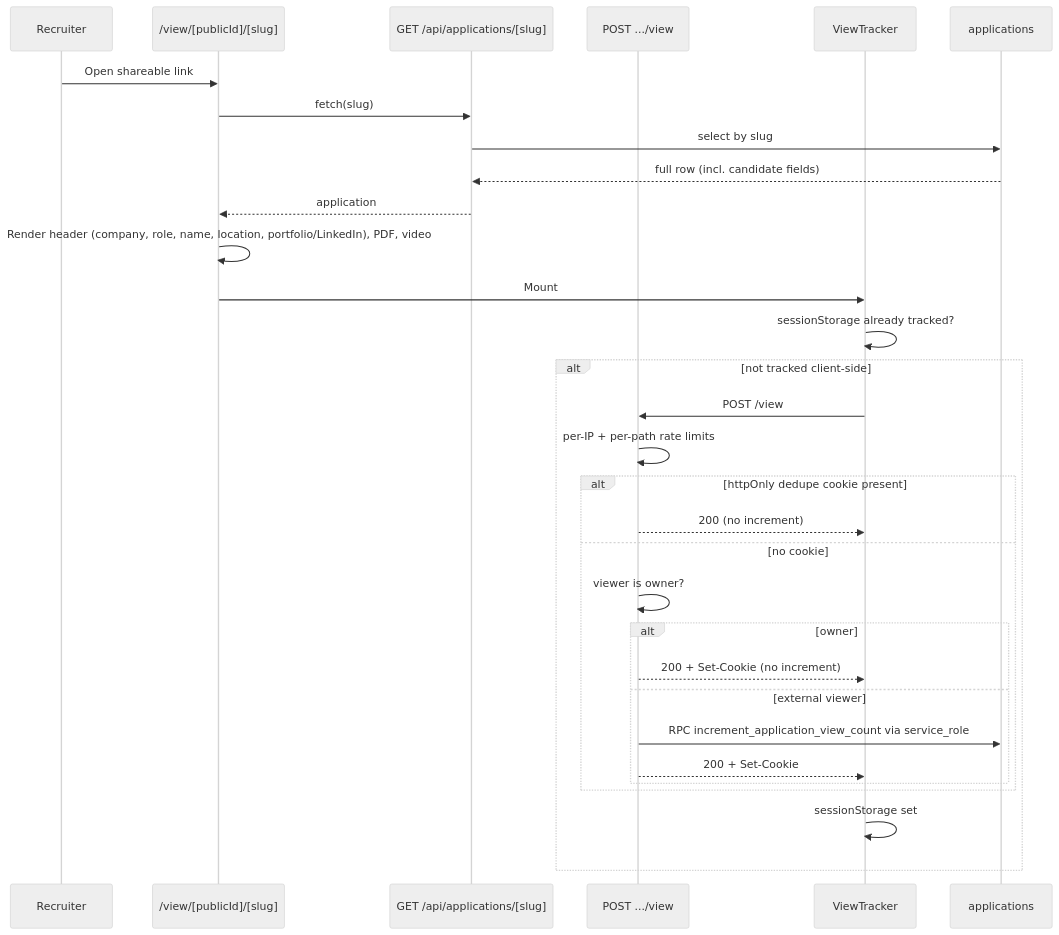
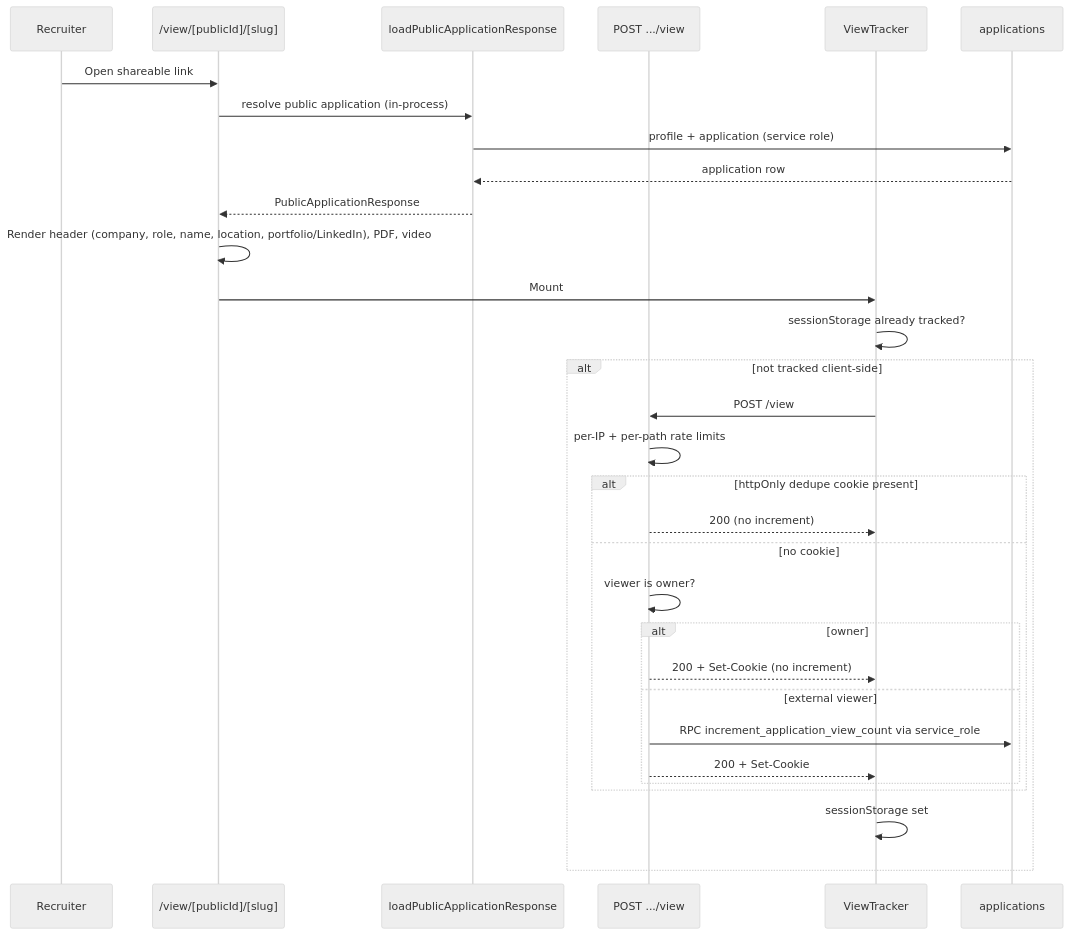
Before and after one commit to joan-gerard/my-hire-view: diagram 13 of 13 in docs/DATA_FLOW.md, drawn with Mermaid (neutral theme). The commit also changed other lines of this file and 13 other files, not shown here.

Commit message:
fix: load public view in-process and require NEXT_PUBLIC_SITE_URL in production (D1-007, D1-061)

````diff
--- a/docs/DATA_FLOW.md
+++ b/docs/DATA_FLOW.md
@@ -481,34 +484,34 @@
 ```mermaid
 sequenceDiagram
   participant R as Recruiter
   participant Page as /view/[publicId]/[slug]
-  participant SlugAPI as GET /api/applications/[slug]
+  participant Loader as loadPublicApplicationResponse
   participant ViewAPI as POST .../view
   participant VT as ViewTracker
   participant Applications as applications
 
   R->>Page: Open shareable link
-  Page->>SlugAPI: fetch(slug)
-  SlugAPI->>Applications: select by slug
-  Applications-->>SlugAPI: full row (incl. candidate fields)
-  SlugAPI-->>Page: application
+  Page->>Loader: resolve public application (in-process)
+  Loader->>Applications: profile + application (service role)
+  Applications-->>Loader: application row
+  Loader-->>Page: PublicApplicationResponse
   Page->>Page: Render header (company, role, name, location, portfolio/LinkedIn), PDF, video
   Page->>VT: Mount
   VT->>VT: sessionStorage already tracked?
   alt not tracked client-side
     VT->>ViewAPI: POST /view
     ViewAPI->>ViewAPI: per-IP + per-path rate limits
     alt httpOnly dedupe cookie present
       ViewAPI-->>VT: 200 (no increment)
     else no cookie
       ViewAPI->>ViewAPI: viewer is owner?
       alt owner
         ViewAPI-->>VT: 200 + Set-Cookie (no increment)
       else external viewer
         ViewAPI->>Applications: RPC increment_application_view_count via service_role
         ViewAPI-->>VT: 200 + Set-Cookie
       end
     end
     VT->>VT: sessionStorage set
   end
 ```
````
